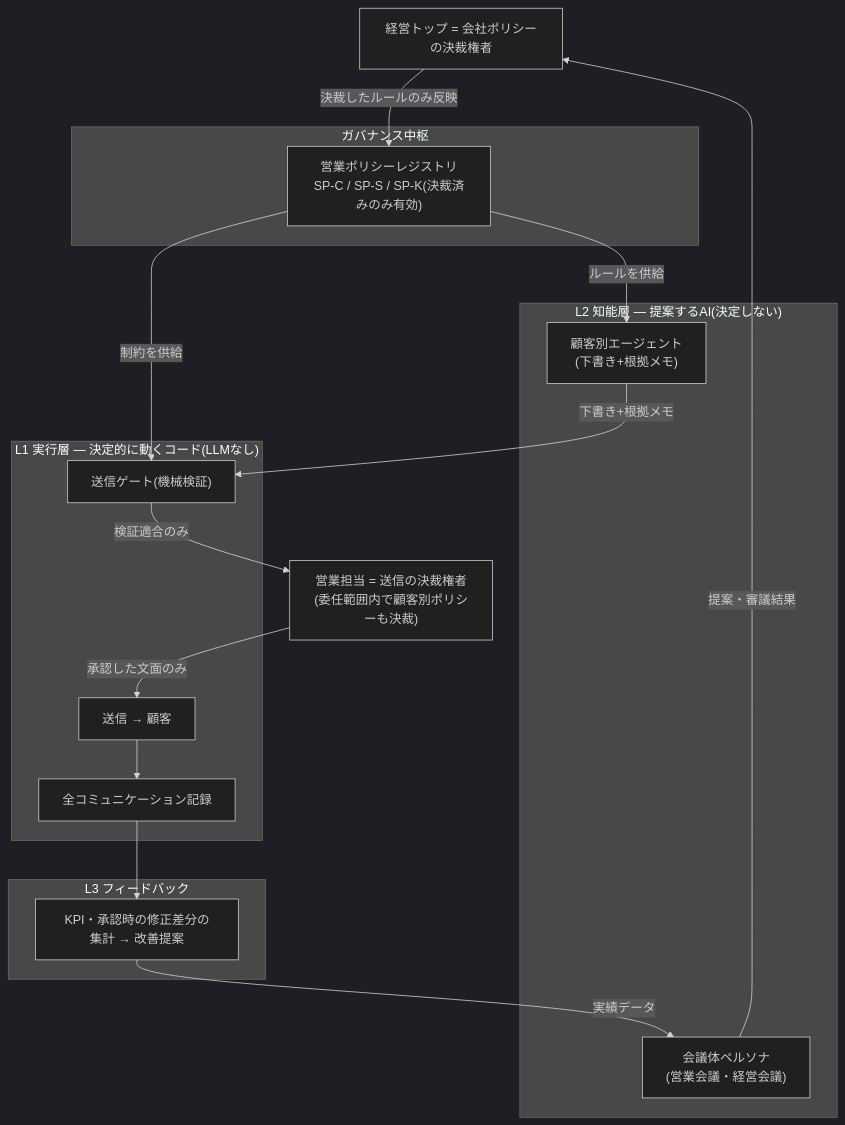
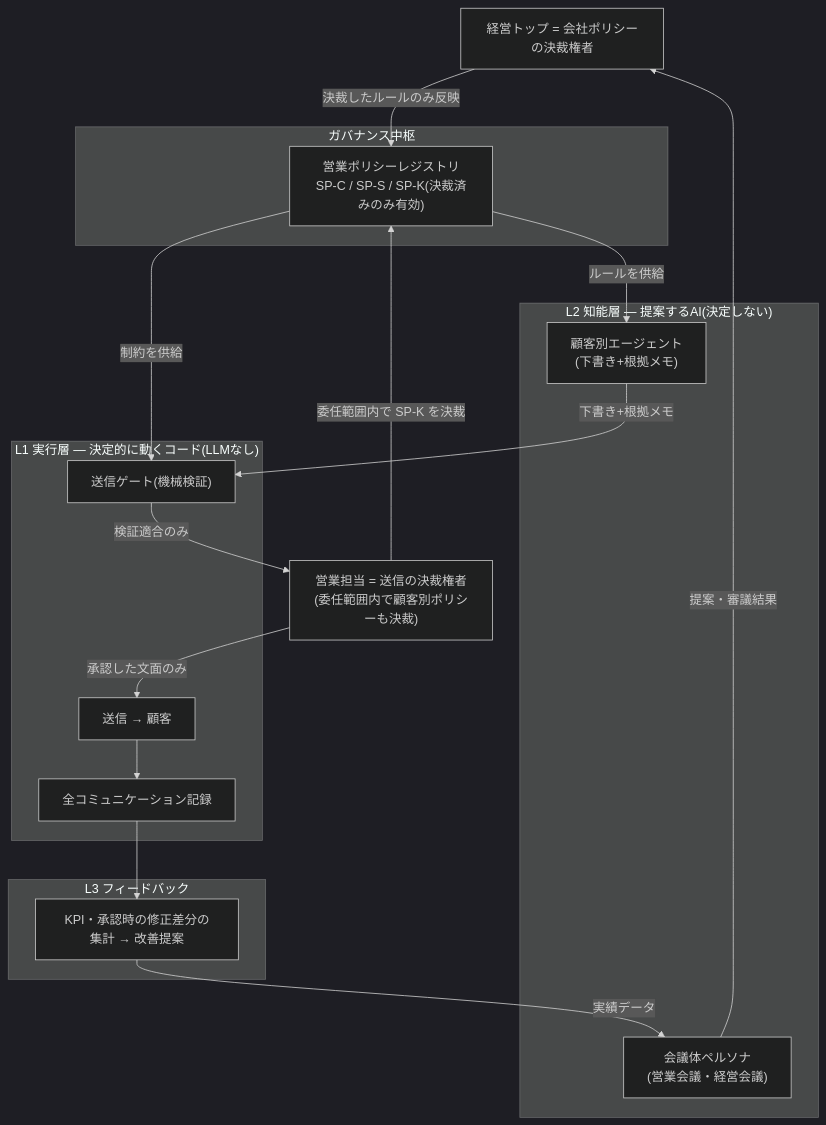
The diagram in ideas/sales-council/01_構想概要.md (ketunekoroke/TradeCouncil), drawn with Mermaid (dark theme) before and after one commit. The commit also changed 1 other file, not shown here.

Commit message:
docs(ideas): フロー図の論理不整合を修正(UC-1 の送信実行を決定的コードへ)
mermaid 6図を実パーサ(mermaid v11)で構文検証し、レンダリングを目視確認。
内容精査で見つかった不整合を修正:

- 03_ユースケース UC-1 シーケンス図: 送信実行が AI エージェント経由になって
  いたのを「送信基盤(決定的コード)」参加者に変更。営業版不変条項②
  (LLM 非送信原則)および 01 全体像図と整合させる
- 01_構想概要 全体像図: 二層決裁の要である「営業担当 → レジストリ
  (委任範囲内で SP-K を決裁)」の矢印を補完

https://claude.ai/code/session_01Fvvdi7vrBkLJcmCWVvakQF

````diff
--- a/ideas/sales-council/01_構想概要.md
+++ b/ideas/sales-council/01_構想概要.md
@@ -105,29 +105,30 @@
 ```mermaid
 flowchart TB
     CEO["経営トップ = 会社ポリシーの決裁権者"]
     REP["営業担当 = 送信の決裁権者<br/>(委任範囲内で顧客別ポリシーも決裁)"]
     subgraph L2["L2 知能層 — 提案するAI(決定しない)"]
         CAGENT["顧客別エージェント<br/>(下書き+根拠メモ)"]
         COUNCIL["会議体ペルソナ<br/>(営業会議・経営会議)"]
     end
     subgraph GOV["ガバナンス中枢"]
         REG["営業ポリシーレジストリ<br/>SP-C / SP-S / SP-K(決裁済みのみ有効)"]
     end
     subgraph L1["L1 実行層 — 決定的に動くコード(LLMなし)"]
         GATE["送信ゲート(機械検証)"]
         SEND["送信 → 顧客"]
         LOG["全コミュニケーション記録"]
     end
     subgraph L3["L3 フィードバック"]
         KPI["KPI・承認時の修正差分の集計 → 改善提案"]
     end
     COUNCIL -- 提案・審議結果 --> CEO
     CEO -- 決裁したルールのみ反映 --> REG
+    REP -- 委任範囲内で SP-K を決裁 --> REG
     REG -- ルールを供給 --> CAGENT
     REG -- 制約を供給 --> GATE
     CAGENT -- 下書き+根拠メモ --> GATE
     GATE -- 検証適合のみ --> REP
     REP -- 承認した文面のみ --> SEND
     SEND --> LOG --> KPI
     KPI -- 実績データ --> COUNCIL
 ```
````
